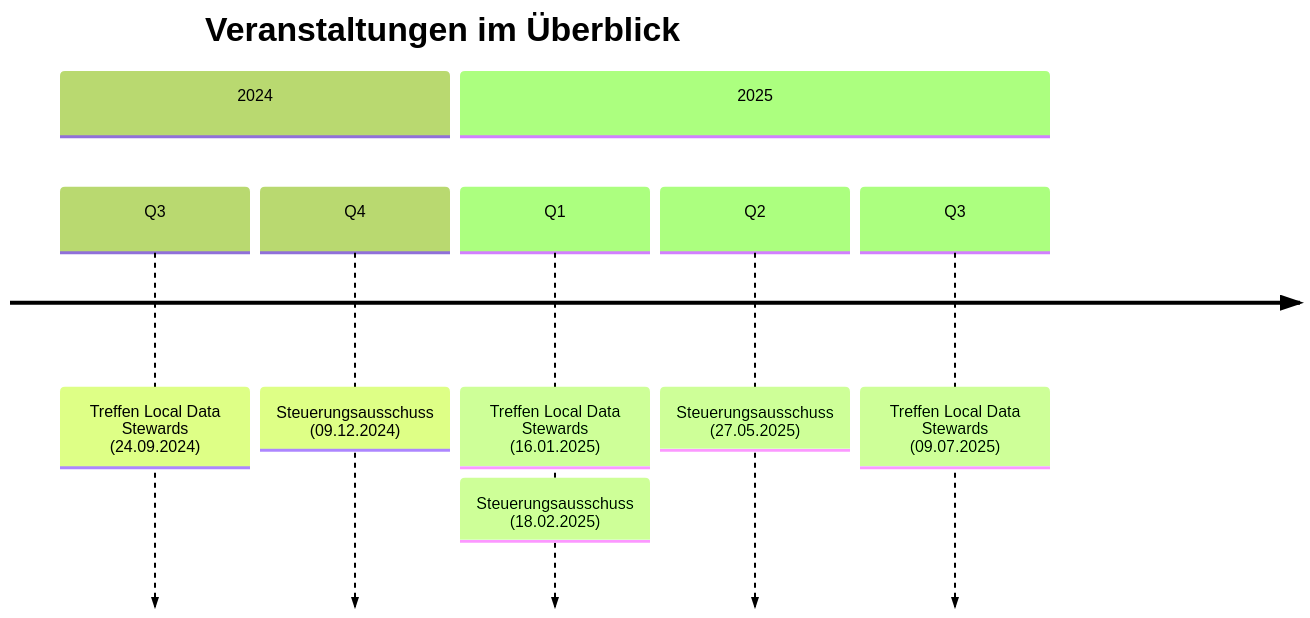
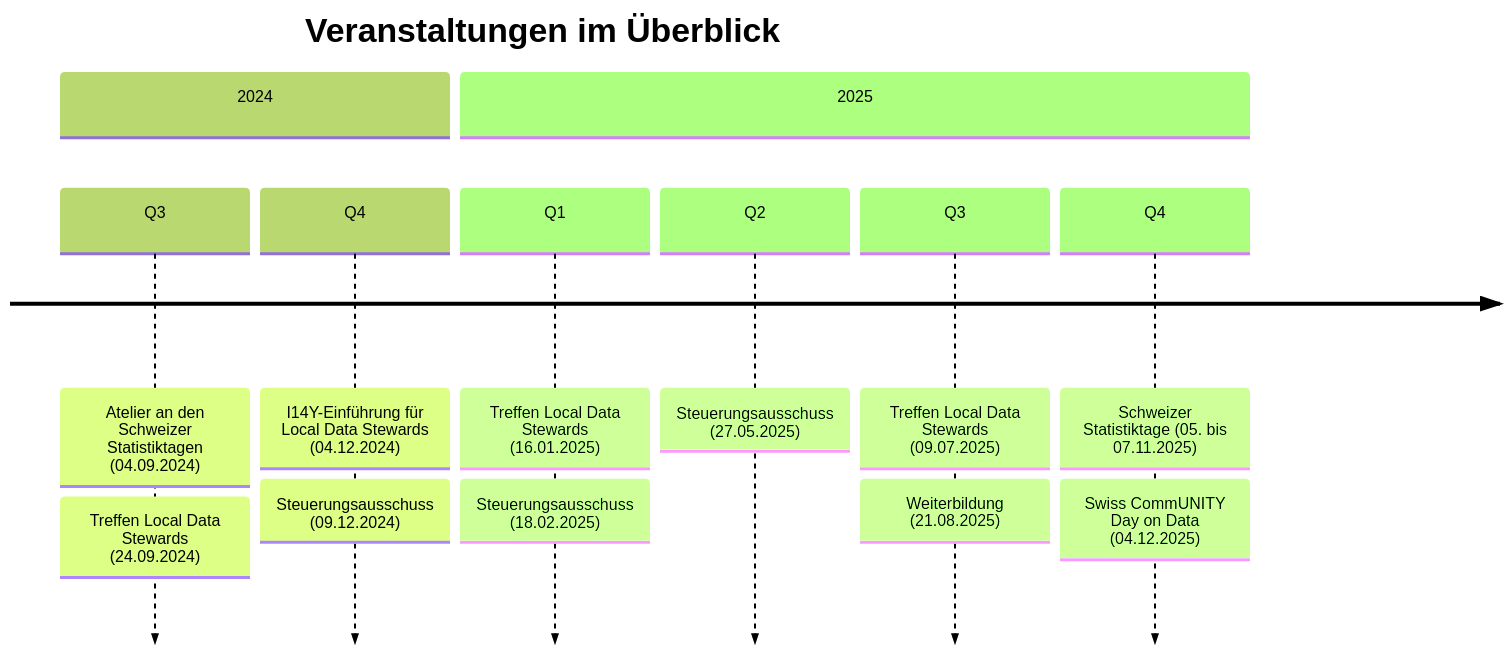
One commit to I14Y-ch/handbook changed the diagram in content/de/veranstaltungen/_index.md. Above: the diagram before and after it, drawn with Mermaid (forest theme). The commit also changed other lines of this file and 1 other file, not shown here.

```diff
--- a/content/de/veranstaltungen/_index.md
+++ b/content/de/veranstaltungen/_index.md
@@ -10,13 +11,18 @@
-{{< mermaid  width="800px" >}}
+{{< mermaid width="650px" >}}
 timeline
     title Veranstaltungen im Überblick
     
     section 2024
-      Q3 : Treffen Local Data Stewards (24.09.2024)
-      Q4 : Steuerungsausschuss (09.12.2024)
+      Q3 : Atelier an den Schweizer Statistiktagen (04.09.2024)
+         : Treffen Local Data Stewards (24.09.2024)
+      Q4 : I14Y-Einführung für Local Data Stewards (04.12.2024)
+         : Steuerungsausschuss (09.12.2024)
     section 2025
       Q1 : Treffen Local Data Stewards (16.01.2025)
          : Steuerungsausschuss (18.02.2025)
       Q2 : Steuerungsausschuss (27.05.2025) 
       Q3 : Treffen Local Data Stewards (09.07.2025)
+         : Weiterbildung (21.08.2025)
+      Q4 : Schweizer Statistiktage (05. bis 07.11.2025)
+         : Swiss CommUNITY Day on Data (04.12.2025)
 {{< /mermaid >}}
```
